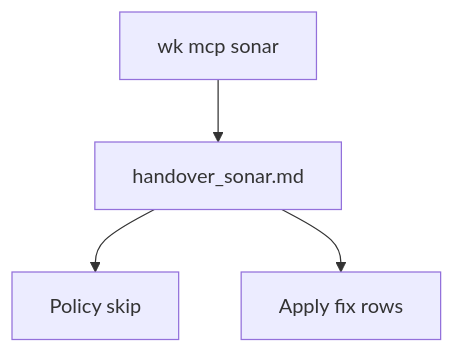
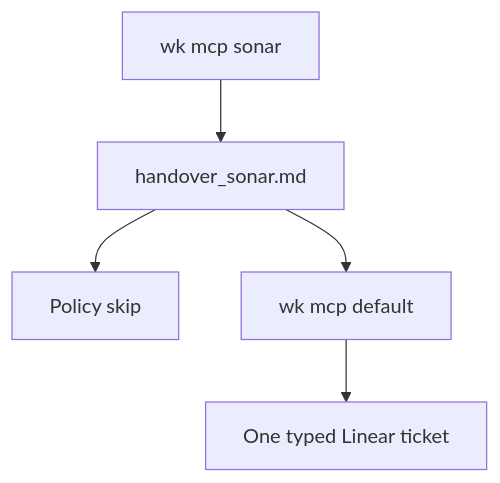
One commit to mzworthington/waykit changed the diagram in SOPs/sonarqube-findings.md. Above: the diagram before and after it, drawn with Mermaid. The commit also changed other lines of this file and 18 other files, not shown here.

First line of the commit message:
feat(sops): file typed Linear tickets from Sonar findings (MZW-115)

````diff
--- a/SOPs/sonarqube-findings.md
+++ b/SOPs/sonarqube-findings.md
@@ -19,10 +20,11 @@
 ```mermaid
 flowchart TD
   p[wk mcp sonar]
   h[handover_sonar.md]
   skip[Policy skip]
-  fix[Apply fix rows]
+  rest[wk mcp default]
+  lin[One typed Linear ticket]
   p --> h
   h --> skip
-  h --> fix
+  h --> rest --> lin
 ```
````
